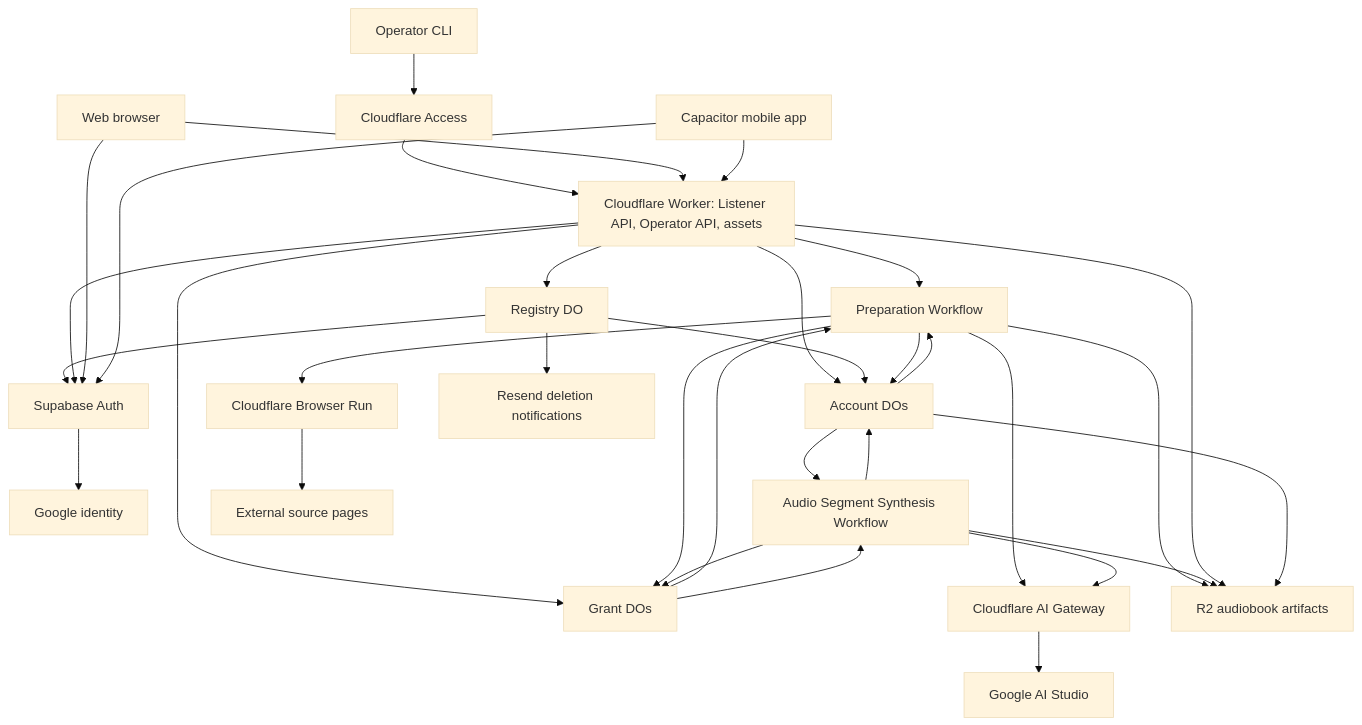
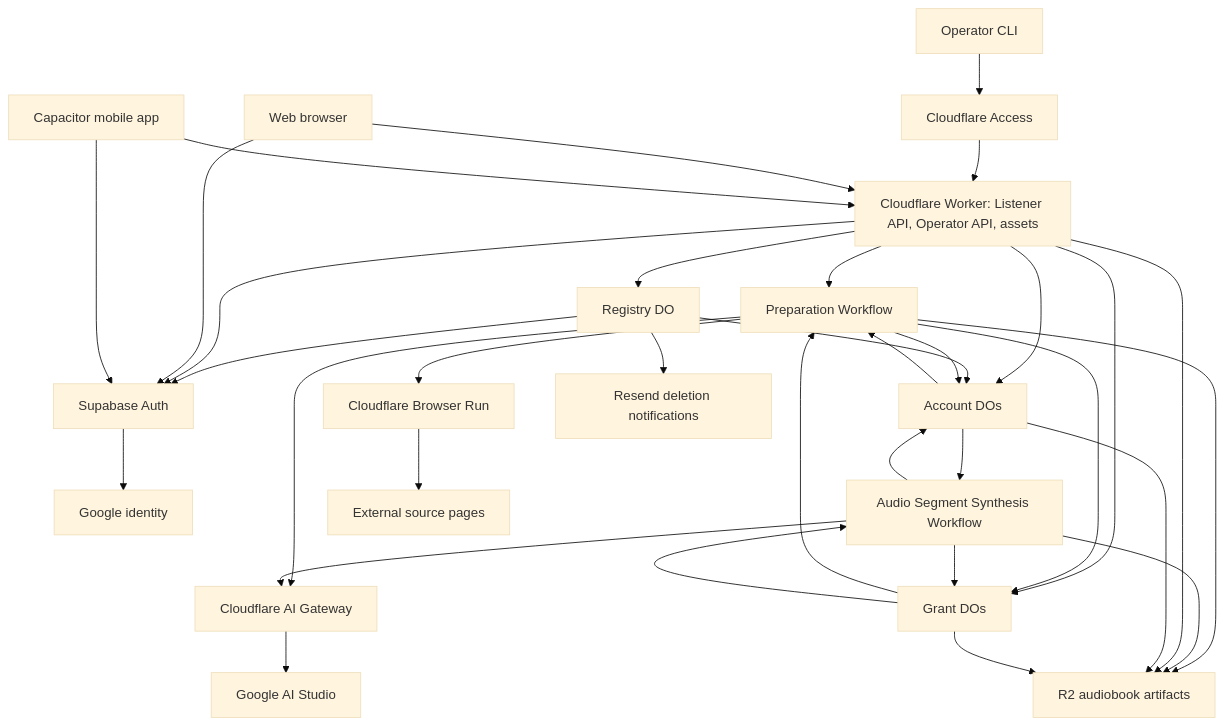
One commit to patricktree/cup changed the first of 2 diagrams in docs/architecture/README.md. Above: the diagram before and after it, drawn with Mermaid (base theme). The commit also changed other lines of this file and 24 other files, not shown here.

````diff
--- a/docs/architecture/README.md
+++ b/docs/architecture/README.md
@@ -7,35 +7,36 @@
 ```mermaid
 flowchart TD
     Operator[Operator CLI] --> Access[Cloudflare Access]
     Access --> Worker
     Web[Web browser] --> Worker[Cloudflare Worker: Listener API, Operator API, assets]
     Native[Capacitor mobile app] --> Worker
     Registry --> Auth
     Worker --> Auth
     Web --> Auth[Supabase Auth]
     Native --> Auth
     Auth --> Google[Google identity]
     Worker --> Preparation[Preparation Workflow]
     Worker --> Accounts[Account DOs]
     Worker --> Trials[Grant DOs]
     Worker --> Registry[Registry DO]
     Registry --> Accounts
     Accounts --> Preparation
     Trials --> Preparation
     Accounts --> Synthesis[Audio Segment Synthesis Workflow]
     Trials --> Synthesis
     Preparation --> Browser[Cloudflare Browser Run]
     Browser --> Source[External source pages]
     Preparation --> Gateway[Cloudflare AI Gateway]
     Synthesis --> Gateway
     Gateway --> AI[Google AI Studio]
     Preparation --> Accounts
     Preparation --> Trials
     Preparation --> R2[R2 audiobook artifacts]
     Synthesis --> Accounts
     Synthesis --> Trials
     Synthesis --> R2
     Worker --> R2
     Accounts --> R2
+    Trials --> R2
     Registry --> Email[Resend deletion notifications]
 ```
````
